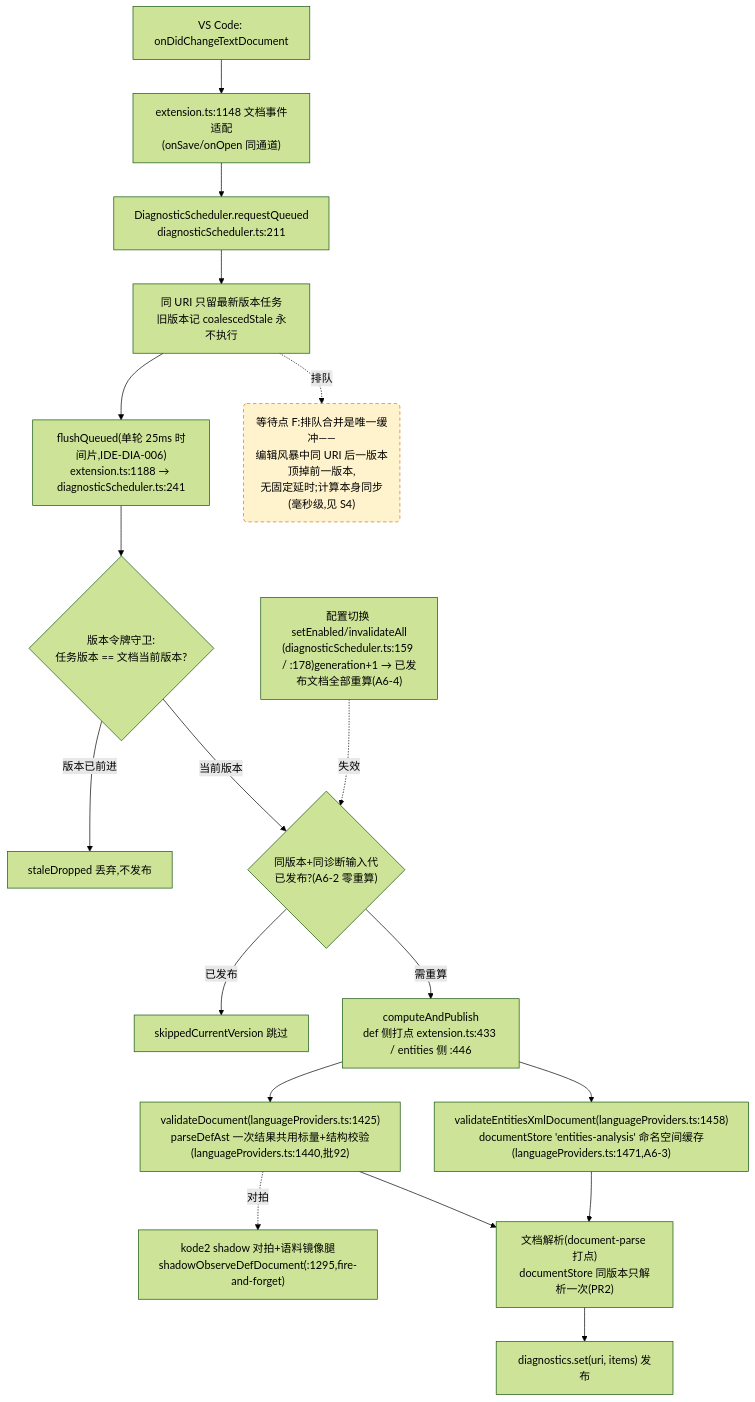
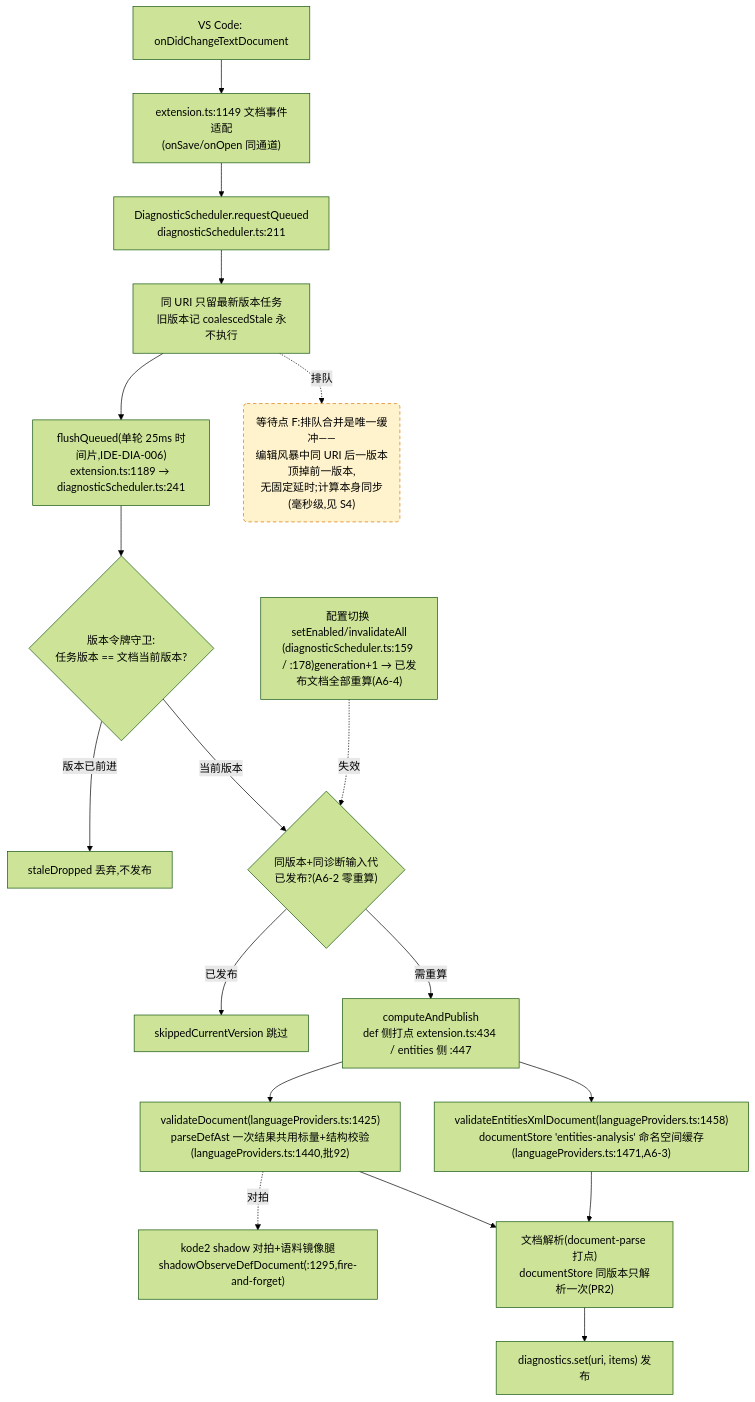
The fourth of 4 diagrams in docs/perf/2026-baseline.md (cuihairu/kode), drawn with Mermaid (forest theme) before and after one commit. The commit also changed other lines of this file and 12 other files, not shown here.

````diff
--- a/docs/perf/2026-baseline.md
+++ b/docs/perf/2026-baseline.md
@@ -214,38 +214,38 @@
 ```mermaid
 flowchart TD
   CHG["VS Code: onDidChangeTextDocument"]
-  WATCH["extension.ts:1148 文档事件适配<br/>(onSave/onOpen 同通道)"]
+  WATCH["extension.ts:1149 文档事件适配<br/>(onSave/onOpen 同通道)"]
   RQ["DiagnosticScheduler.requestQueued<br/>diagnosticScheduler.ts:211"]
   CO["同 URI 只留最新版本任务<br/>旧版本记 coalescedStale 永不执行"]
-  FL["flushQueued(单轮 25ms 时间片,IDE-DIA-006)<br/>extension.ts:1188 → diagnosticScheduler.ts:241"]
+  FL["flushQueued(单轮 25ms 时间片,IDE-DIA-006)<br/>extension.ts:1189 → diagnosticScheduler.ts:241"]
   VG{"版本令牌守卫:<br/>任务版本 == 文档当前版本?"}
   DROP["staleDropped 丢弃,不发布"]
   GEN{"同版本+同诊断输入代<br/>已发布?(A6-2 零重算)"}
   SKIP["skippedCurrentVersion 跳过"]
-  CALC["computeAndPublish<br/>def 侧打点 extension.ts:433 / entities 侧 :446"]
+  CALC["computeAndPublish<br/>def 侧打点 extension.ts:434 / entities 侧 :447"]
   VD["validateDocument(languageProviders.ts:1425)<br/>parseDefAst 一次结果共用标量+结构校验(languageProviders.ts:1440,批92)"]
   VEX["validateEntitiesXmlDocument(languageProviders.ts:1458)<br/>documentStore 'entities-analysis' 命名空间缓存(languageProviders.ts:1471,A6-3)"]
   SHDD["kode2 shadow 对拍+语料镜像腿<br/>shadowObserveDefDocument(:1295,fire-and-forget)"]
   DS["文档解析(document-parse 打点)<br/>documentStore 同版本只解析一次(PR2)"]
   PUB["diagnostics.set(uri, items) 发布"]
   CFG2["配置切换 setEnabled/invalidateAll<br/>(diagnosticScheduler.ts:159 / :178)generation+1 → 已发布文档全部重算(A6-4)"]
 
   CHG --> WATCH --> RQ --> CO --> FL --> VG
   VG -- "版本已前进" --> DROP
   VG -- "当前版本" --> GEN
   GEN -- "已发布" --> SKIP
   GEN -- "需重算" --> CALC
   CALC --> VD
   CALC --> VEX
   VD --> DS
   VEX --> DS
   DS --> PUB
   VD -.->|对拍| SHDD
   CFG2 -.->|失效| GEN
 
   WAITF("等待点 F:排队合并是唯一缓冲——<br/>编辑风暴中同 URI 后一版本顶掉前一版本,<br/>无固定延时;计算本身同步(毫秒级,见 S4)")
   CO -.->|排队| WAITF
 
   classDef waitPoint fill:#fff3cd,stroke:#d97706,stroke-dasharray:5 4;
   class WAITF waitPoint;
 ```
````
